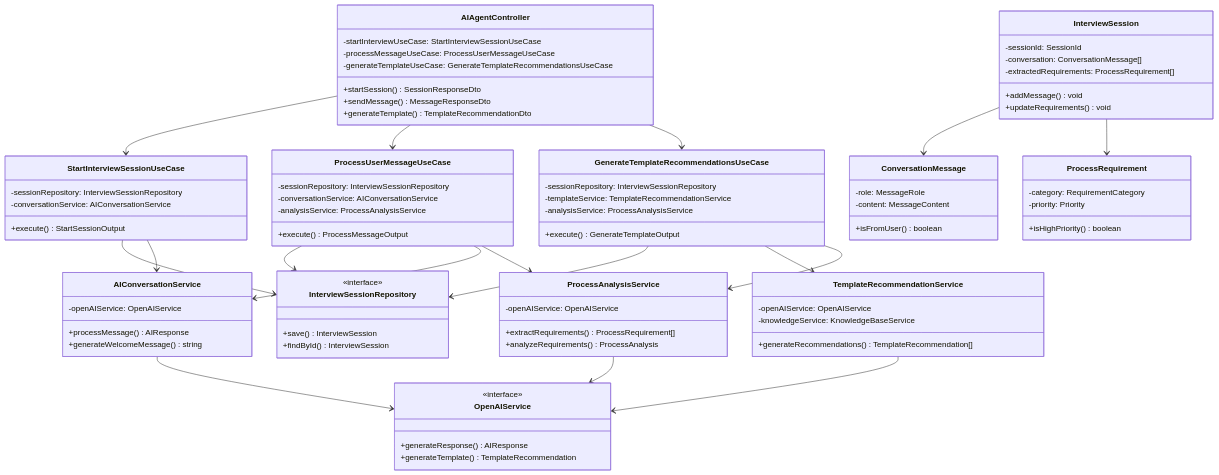
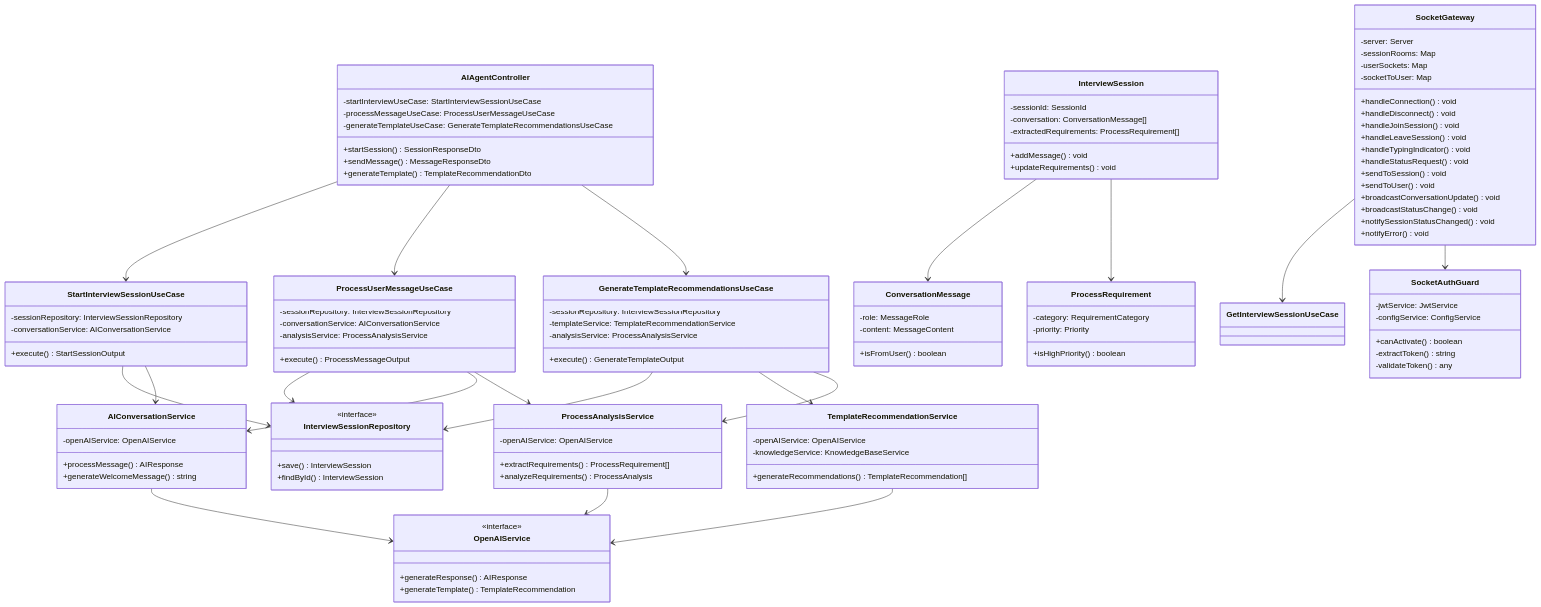
Before and after one commit to toshikazuyokoi/process-todo-poc: the diagram in docs/ver1.2/ai_agent_class_diagram.md, drawn with Mermaid. The commit also changed other lines of this file and 21 other files, not shown here.

````diff
--- a/docs/ver1.2/ai_agent_class_diagram.md
+++ b/docs/ver1.2/ai_agent_class_diagram.md
@@ -674,6 +674,34 @@
         +generateTemplate() TemplateRecommendation
     }
     
+    %% WebSocket Infrastructure Layer
+    class SocketGateway {
+        -server: Server
+        -sessionRooms: Map
+        -userSockets: Map
+        -socketToUser: Map
+        +handleConnection() void
+        +handleDisconnect() void
+        +handleJoinSession() void
+        +handleLeaveSession() void
+        +handleTypingIndicator() void
+        +handleStatusRequest() void
+        +sendToSession() void
+        +sendToUser() void
+        +broadcastConversationUpdate() void
+        +broadcastStatusChange() void
+        +notifySessionStatusChanged() void
+        +notifyError() void
+    }
+    
+    class SocketAuthGuard {
+        -jwtService: JwtService
+        -configService: ConfigService
+        +canActivate() boolean
+        -extractToken() string
+        -validateToken() any
+    }
+    
     %% Relationships
     AIAgentController --> StartInterviewSessionUseCase
     AIAgentController --> ProcessUserMessageUseCase
@@ -696,4 +724,8 @@
     
     InterviewSession --> ConversationMessage
     InterviewSession --> ProcessRequirement
+    
+    %% WebSocket Relationships
+    SocketGateway --> GetInterviewSessionUseCase
+    SocketGateway --> SocketAuthGuard
 ```
````
